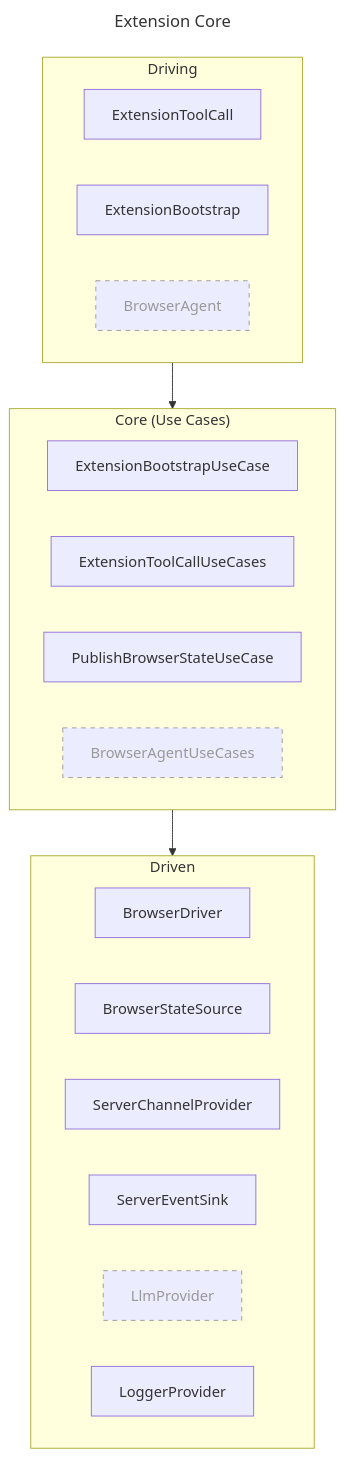
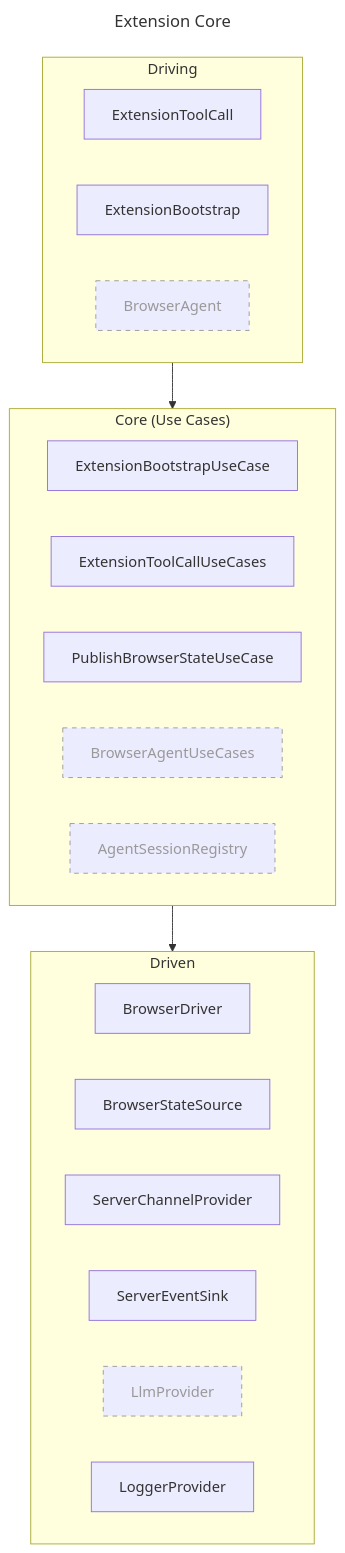
The fourth of 11 diagrams in docs/architecture.md (ndthanhdev/mcp-browser-kit), drawn with Mermaid before and after one commit. The commit also changed other lines of this file and 6 other files, not shown here.

First line of the commit message:
feat: add BrowserAgent driving contract with agent sessions (#147)

````diff
--- a/docs/architecture.md
+++ b/docs/architecture.md
@@ -107,33 +107,34 @@
 ```mermaid
 ---
 title: Extension Core
 ---
 flowchart 
   subgraph Driving["Driving"]
     direction LR
     ExtensionToolCall
     ExtensionBootstrap
     BrowserAgent
   end
   subgraph Core["Core (Use Cases)"]
     direction LR
     ExtensionBootstrapUseCase
     ExtensionToolCallUseCases
     PublishBrowserStateUseCase
     BrowserAgentUseCases
+    AgentSessionRegistry
   end
   subgraph Driven["Driven"]
     direction LR
     BrowserDriver
     BrowserStateSource
     ServerChannelProvider
     ServerEventSink
     LlmProvider
     LoggerProvider
   end
 
   Driving --> Core --> Driven
 
   classDef planned stroke-dasharray:5 5,stroke:#999,color:#999;
-  class BrowserAgent,BrowserAgentUseCases,LlmProvider planned;
+  class BrowserAgent,BrowserAgentUseCases,AgentSessionRegistry,LlmProvider planned;
 ```
````
